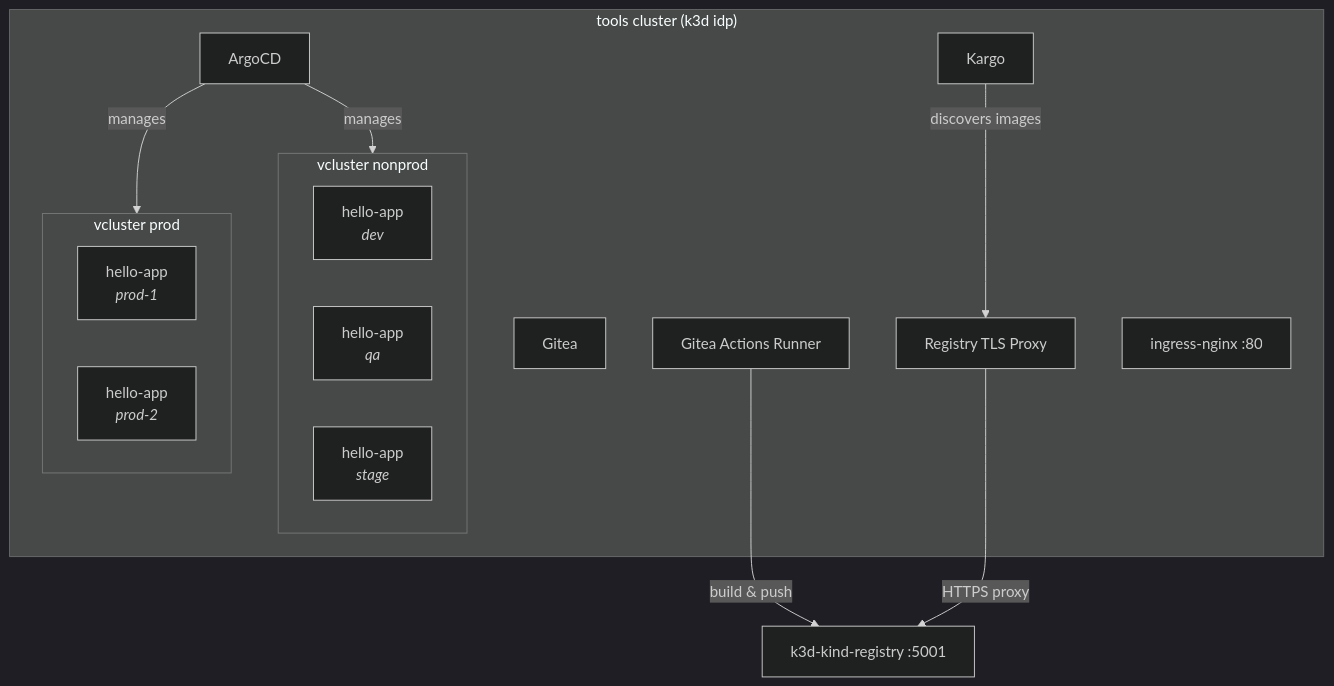
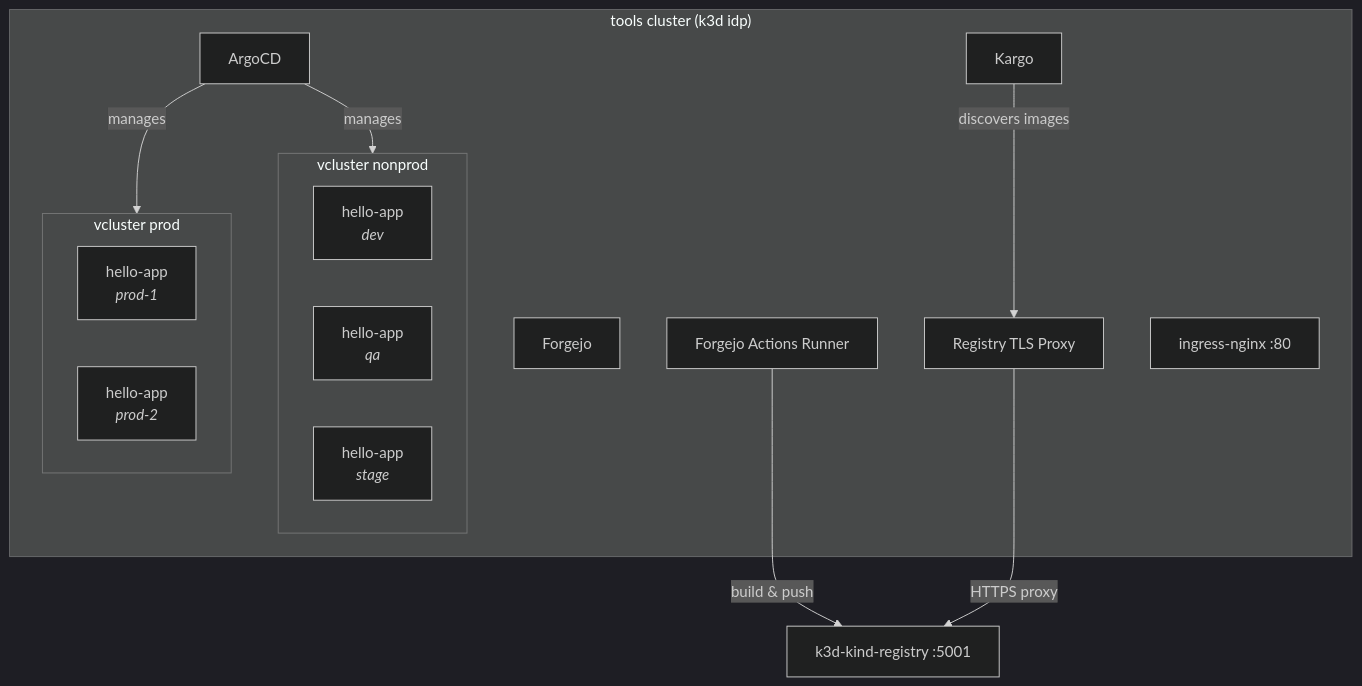
Before and after one commit to pedrobarco/idp: the diagram in README.md, drawn with Mermaid (dark theme). The commit also changed other lines of this file and 36 other files, not shown here.

````diff
--- a/README.md
+++ b/README.md
@@ -21,26 +21,26 @@
 ```mermaid
 graph TB
     subgraph tools["tools cluster (k3d idp)"]
         ArgoCD
-        Gitea
+        Forgejo
         Kargo
-        runner[Gitea Actions Runner]
+        runner[Forgejo Actions Runner]
         tls_proxy[Registry TLS Proxy]
         nginx[ingress-nginx :80]
         subgraph nonprod["vcluster nonprod"]
             app_dev[hello-app<br/><i>dev</i>]
             app_qa[hello-app<br/><i>qa</i>]
             app_stage[hello-app<br/><i>stage</i>]
         end
         subgraph prod["vcluster prod"]
             app_p1[hello-app<br/><i>prod-1</i>]
             app_p2[hello-app<br/><i>prod-2</i>]
         end
     end
     registry["k3d-kind-registry :5001"]
     runner -- "build & push" --> registry
     tls_proxy -- "HTTPS proxy" --> registry
     Kargo -- "discovers images" --> tls_proxy
     ArgoCD -- "manages" --> nonprod
     ArgoCD -- "manages" --> prod
 ```
````
